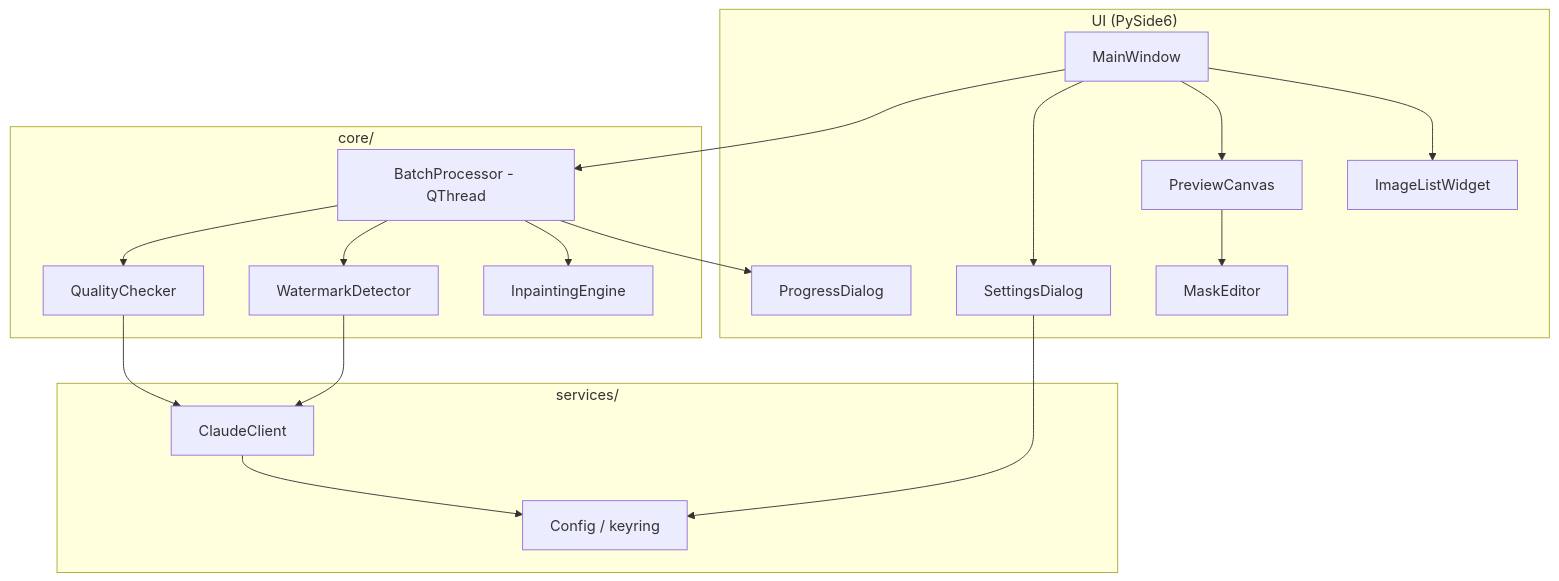
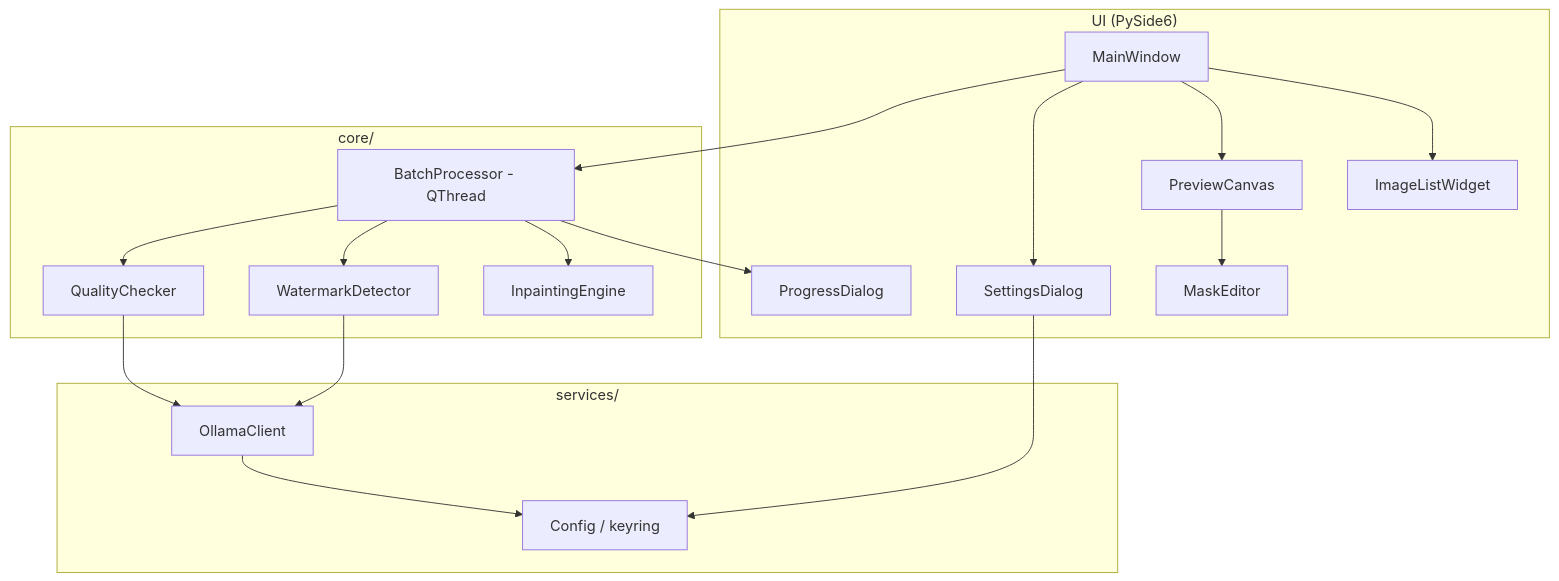
One commit to camilovas/watermark-remover changed the second of 4 diagrams in docs/architecture/detailed.md. Above: the diagram before and after it, drawn with Mermaid. The commit also changed other lines of this file and 17 other files, not shown here.

First line of the commit message:
Pivote de arquitectura: reemplaza Claude API por Ollama local

````diff
--- a/docs/architecture/detailed.md
+++ b/docs/architecture/detailed.md
@@ -75,37 +75,37 @@
 ```mermaid
 flowchart TB
     subgraph UI["UI (PySide6)"]
         MW[MainWindow]
         ILW[ImageListWidget]
         PC[PreviewCanvas]
         ME[MaskEditor]
         PD[ProgressDialog]
         SD[SettingsDialog]
     end
 
     subgraph CORE["core/"]
         BP[BatchProcessor - QThread]
         IE[InpaintingEngine]
         WD[WatermarkDetector]
         QC[QualityChecker]
     end
 
     subgraph SVC["services/"]
-        CC[ClaudeClient]
+        CC[OllamaClient]
         CFG[Config / keyring]
     end
 
     MW --> ILW
     MW --> PC
     PC --> ME
     MW --> SD
     SD --> CFG
     MW --> BP
     BP --> PD
     BP --> IE
     BP --> WD
     BP --> QC
     WD --> CC
     QC --> CC
     CC --> CFG
 ```
````
